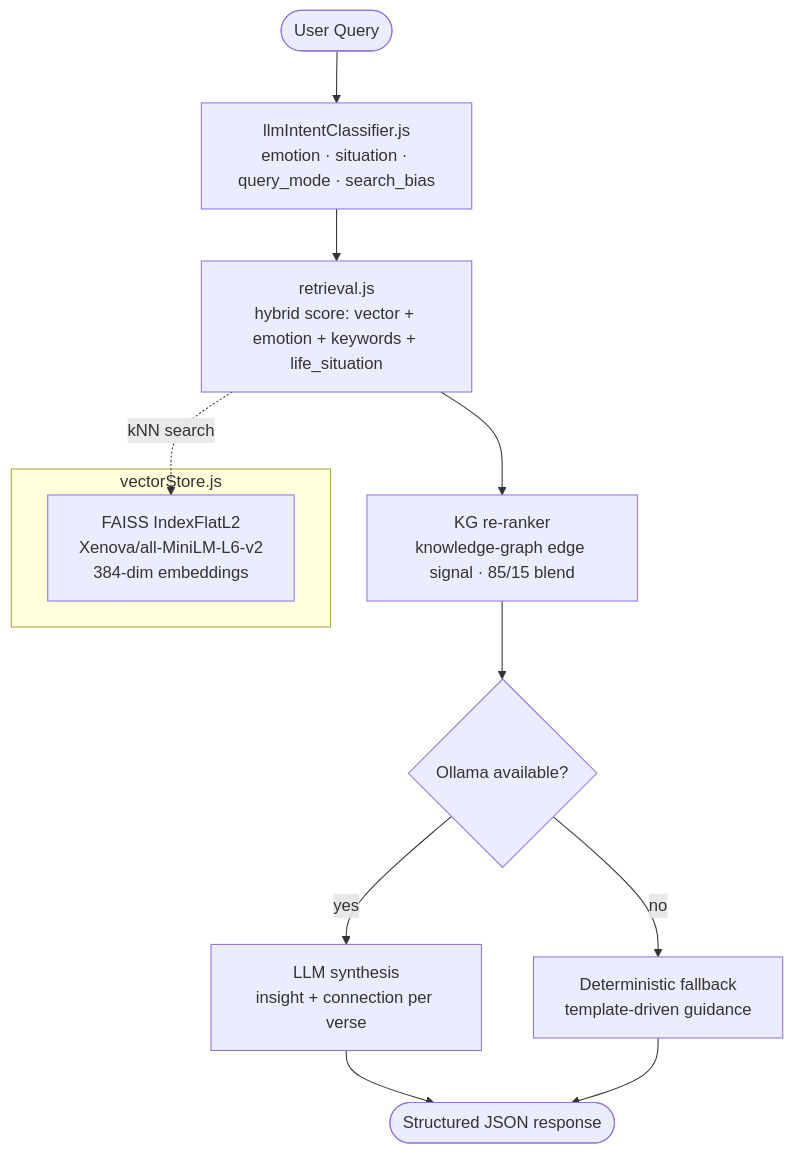
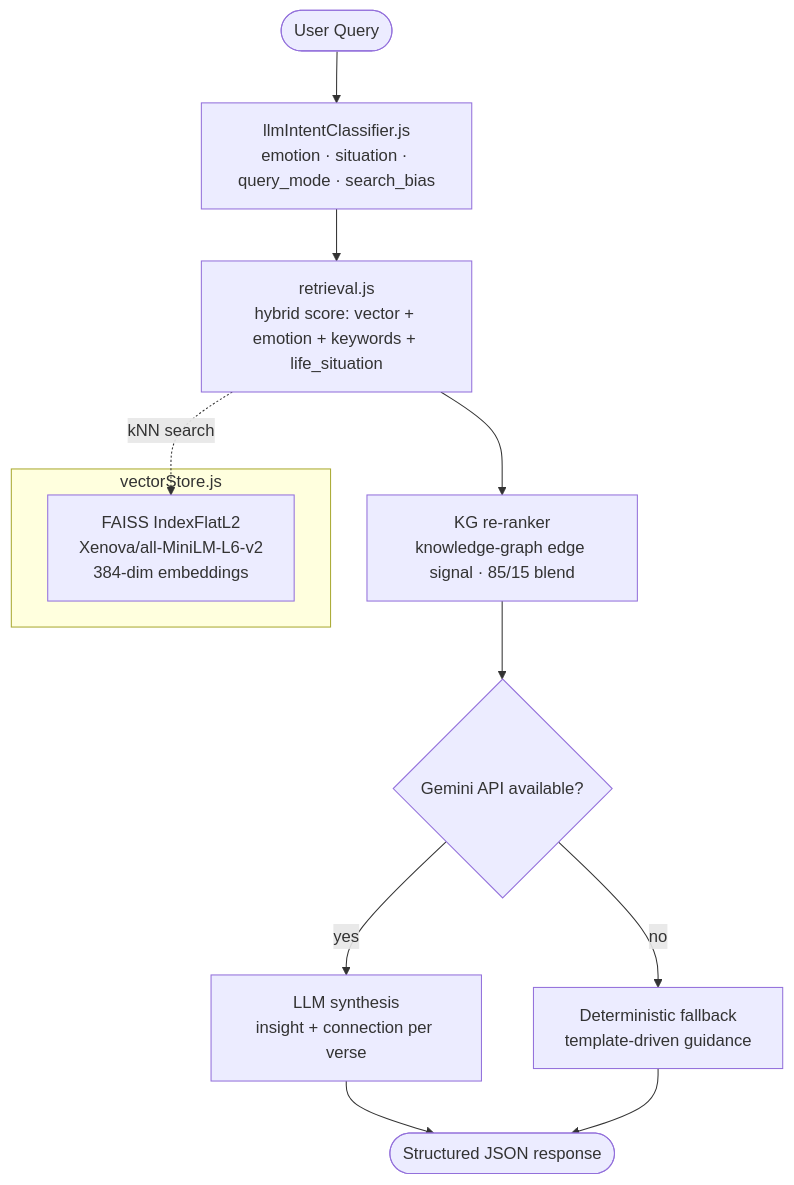
Before and after one commit to PHANTOM-SRI/Bhagavad-Gita: the diagram in README.md, drawn with Mermaid. The commit also changed other lines of this file and 6 other files, not shown here.

````diff
--- a/README.md
+++ b/README.md
@@ -83,17 +83,17 @@
 ```mermaid
 flowchart TD
     Q([User Query]) --> IC[llmIntentClassifier.js\nemotion · situation · query_mode · search_bias]
     IC --> HR[retrieval.js\nhybrid score: vector + emotion + keywords + life_situation]
     HR --> KG[KG re-ranker\nknowledge-graph edge signal · 85/15 blend]
-    KG --> LLM{Ollama available?}
+    KG --> LLM{Gemini API available?}
     LLM -- yes --> OL[LLM synthesis\ninsight + connection per verse]
     LLM -- no  --> FB[Deterministic fallback\ntemplate-driven guidance]
     OL --> OUT([Structured JSON response])
     FB --> OUT
 
     subgraph VectorStore [vectorStore.js]
         VS[FAISS IndexFlatL2\nXenova/all-MiniLM-L6-v2\n384-dim embeddings]
     end
 
     HR -. kNN search .-> VS
 ```
````
